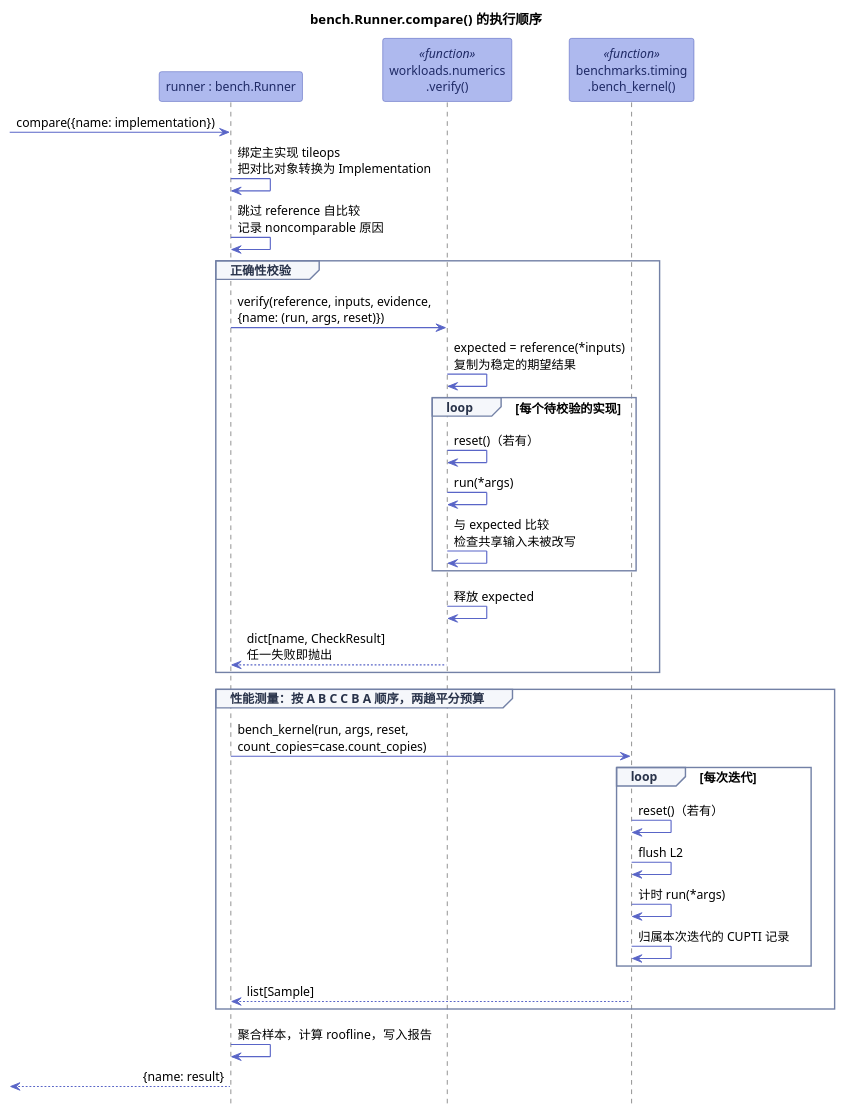
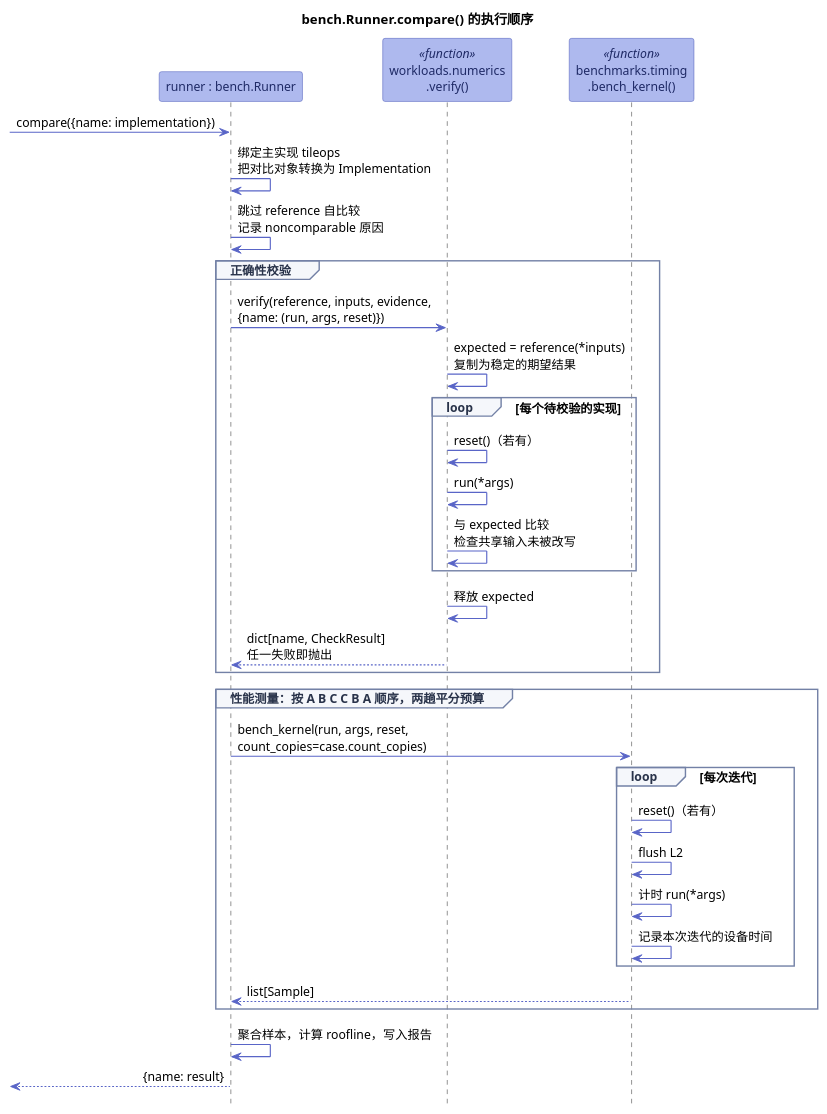
Before and after one commit to tile-ai/TileOPs.github.io: the diagram in figures/user-guide/benchmark/execution.zh.puml, drawn with PlantUML. The commit also changed 11 other files, not shown here.

```diff
--- a/figures/user-guide/benchmark/execution.zh.puml
+++ b/figures/user-guide/benchmark/execution.zh.puml
@@ -1,55 +1,55 @@
 @startuml execution
 !pragma teoz true
 skinparam defaultFontName "Noto Sans SC"
 skinparam defaultFontSize 13
 skinparam shadowing false
 skinparam ArrowColor #5965C7
 skinparam ArrowThickness 1.2
 skinparam ParticipantBorderColor #4050B5
 skinparam ParticipantBackgroundColor #AEB9EE
 skinparam ParticipantFontColor #1F2A66
 skinparam LifeLineBorderColor #7381A6
 skinparam LifeLineBackgroundColor #F5F7FB
 skinparam SequenceGroupBorderColor #7381A6
 skinparam SequenceGroupBackgroundColor #F5F7FB
 skinparam SequenceGroupHeaderFontColor #29334A
 skinparam NoteBorderColor #7381A6
 skinparam NoteBackgroundColor #FFFFFF
 skinparam NoteFontColor #242A52
 hide footbox
 title bench.Runner.compare() 的执行顺序
 
 participant "runner : bench.Runner" as Runner
 participant "workloads.numerics\n.verify()" as Verify <<function>>
 participant "benchmarks.timing\n.bench_kernel()" as BenchKernel <<function>>
 
 [-> Runner: compare({name: implementation})
 Runner -> Runner: 绑定主实现 tileops\n把对比对象转换为 Implementation
 Runner -> Runner: 跳过 reference 自比较\n记录 noncomparable 原因
 
 group 正确性校验
   Runner -> Verify: verify(reference, inputs, evidence,\n{name: (run, args, reset)})
   Verify -> Verify: expected = reference(*inputs)\n复制为稳定的期望结果
   loop 每个待校验的实现
     Verify -> Verify: reset()（若有）
     Verify -> Verify: run(*args)
     Verify -> Verify: 与 expected 比较\n检查共享输入未被改写
   end
   Verify -> Verify: 释放 expected
   Verify --> Runner: dict[name, CheckResult]\n任一失败即抛出
 end
 
 group 性能测量：按 A B C C B A 顺序，两趟平分预算
   Runner -> BenchKernel: bench_kernel(run, args, reset,\ncount_copies=case.count_copies)
   loop 每次迭代
     BenchKernel -> BenchKernel: reset()（若有）
     BenchKernel -> BenchKernel: flush L2
     BenchKernel -> BenchKernel: 计时 run(*args)
-    BenchKernel -> BenchKernel: 归属本次迭代的 CUPTI 记录
+    BenchKernel -> BenchKernel: 记录本次迭代的设备时间
   end
   BenchKernel --> Runner: list[Sample]
 end
 
 Runner -> Runner: 聚合样本，计算 roofline，写入报告
 Runner -->[: {name: result}
 @enduml
```
